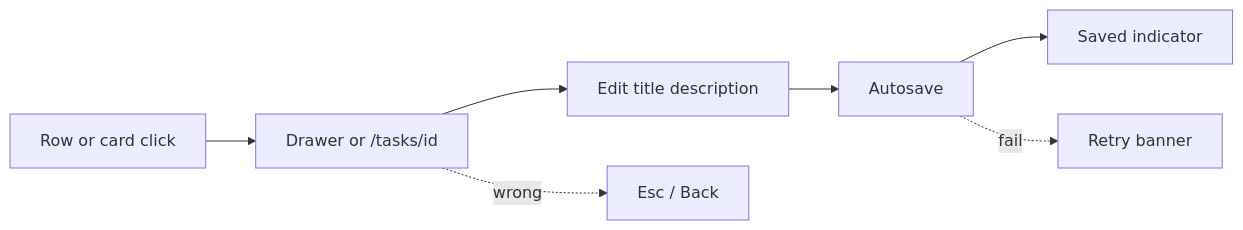
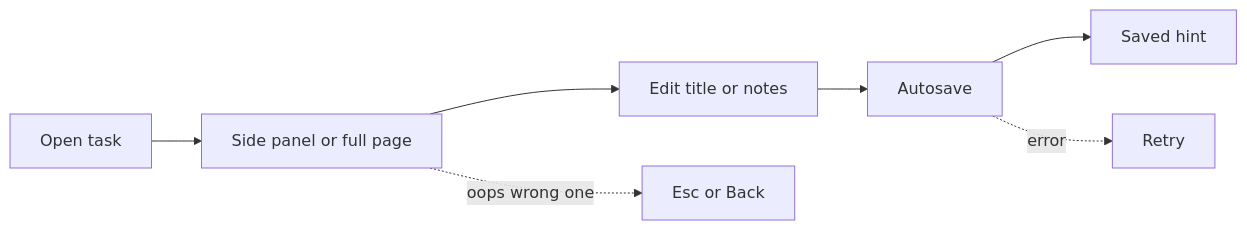
Before and after one commit to wildan-png/todoAppWorkflow-design: diagram 12 of 28 in research/user-journeys.md, drawn with Mermaid. The commit also changed other lines of this file, not shown here.

First line of the commit message:
docs: humanize user journey copy (Part A, steps, diagrams)

````diff
--- a/research/user-journeys.md
+++ b/research/user-journeys.md
@@ -486,9 +486,9 @@
 ```mermaid
 flowchart LR
-  O["Row or card click"] --> D["Drawer or /tasks/id"]
-  D --> E[Edit title description]
+  O[Open task] --> D[Side panel or full page]
+  D --> E[Edit title or notes]
   E --> A[Autosave]
-  A --> S[Saved indicator]
-  A -.->|fail| R[Retry banner]
-  D -.->|wrong| X[Esc / Back]
+  A --> S[Saved hint]
+  A -.->|error| R[Retry]
+  D -.->|oops wrong one| X[Esc or Back]
 ```
````
